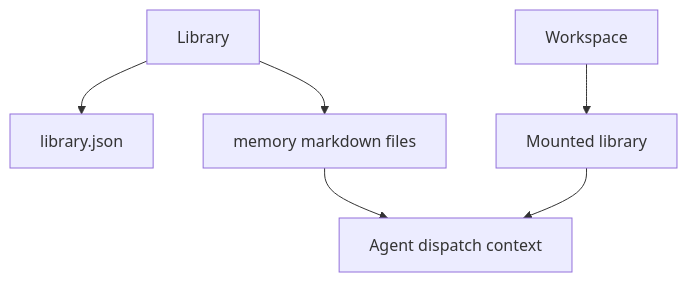
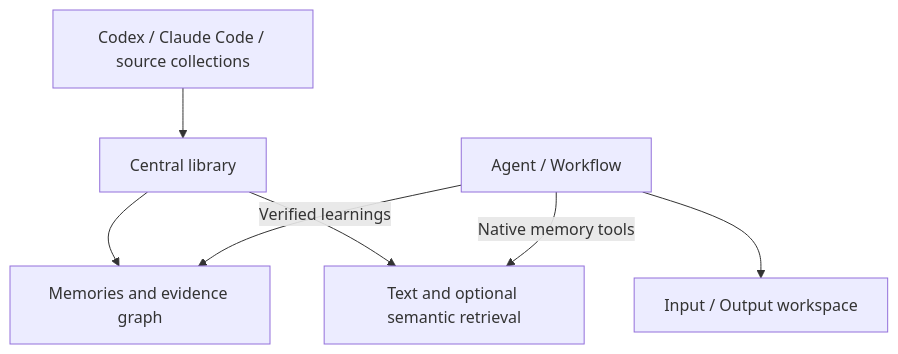
Before and after one commit to viamus/DoxieOS: the third of 3 diagrams in docs/concepts.md, drawn with Mermaid. The commit also changed other lines of this file and 63 other files, not shown here.

Commit message:
feat: add agent-owned global library and workspace memory input

````diff
--- a/docs/concepts.md
+++ b/docs/concepts.md
@@ -87,8 +91,9 @@
 ```mermaid
 flowchart TD
-    Library["Library"] --> Manifest["library.json"]
-    Library --> Memories["memory markdown files"]
-    Workspace["Workspace"] --> Mount["Mounted library"]
-    Mount --> Dispatch["Agent dispatch context"]
-    Memories --> Dispatch
+    Sources["Codex / Claude Code / source collections"] --> Library["Central library"]
+    Library --> Graph["Memories and evidence graph"]
+    Library --> Search["Text and optional semantic retrieval"]
+    Agent["Agent / Workflow"] -->|Native memory tools| Search
+    Agent -->|Verified learnings| Graph
+    Agent --> Workspace["Input / Output workspace"]
 ```
````
